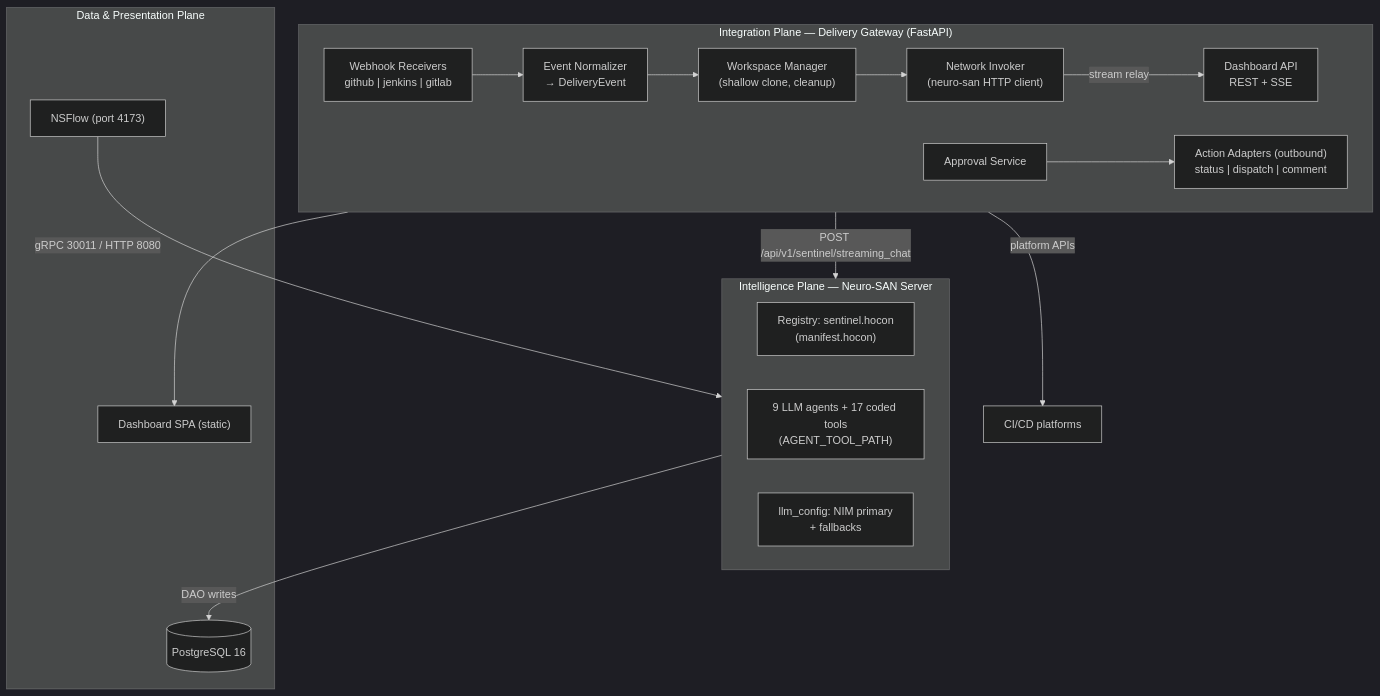
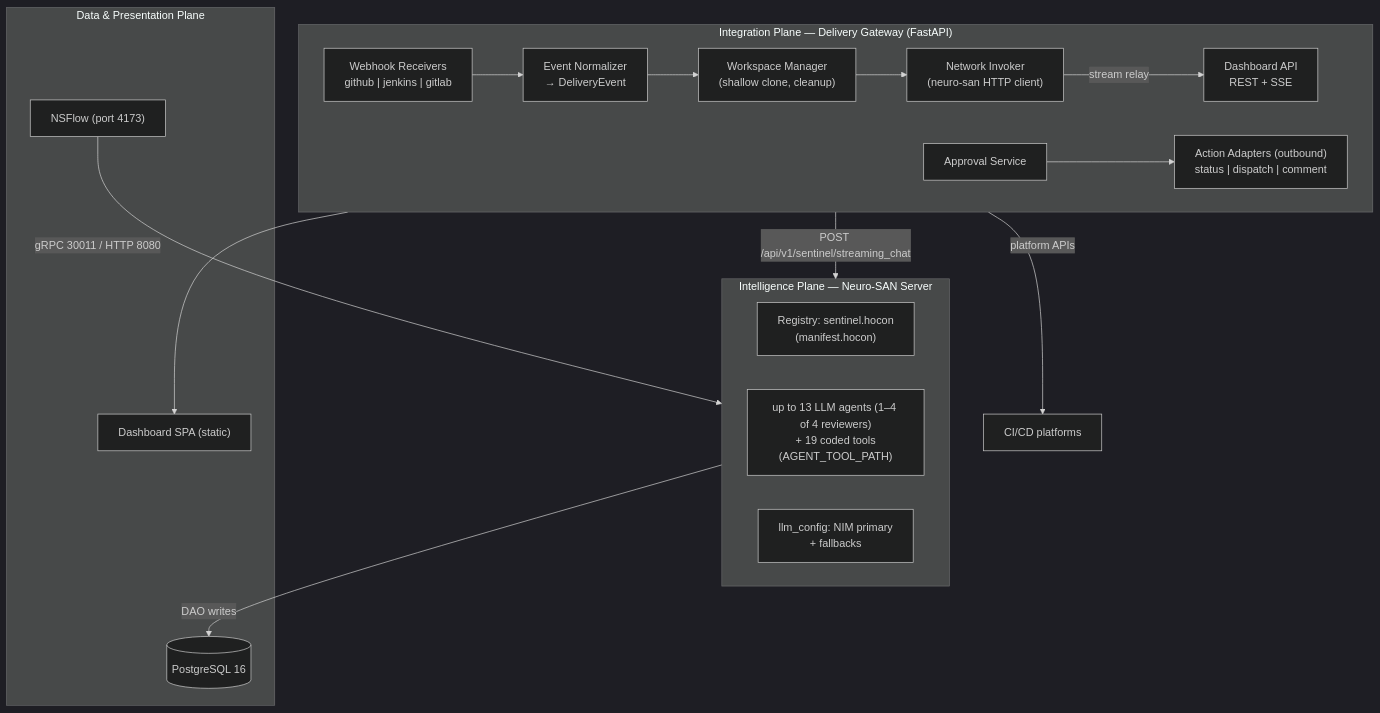
One commit to anandharshit712/Sentinel changed the first of 3 diagrams in docs/solution/03-hld.md. Above: the diagram before and after it, drawn with Mermaid (dark theme). The commit also changed other lines of this file and 27 other files, not shown here.

````diff
--- a/docs/solution/03-hld.md
+++ b/docs/solution/03-hld.md
@@ -29,35 +29,35 @@
 ```mermaid
 flowchart TB
     subgraph P1["Integration Plane — Delivery Gateway (FastAPI)"]
         direction LR
         WH["Webhook Receivers<br/>github | jenkins | gitlab"]
         NORM["Event Normalizer<br/>→ DeliveryEvent"]
         WS["Workspace Manager<br/>(shallow clone, cleanup)"]
         INV["Network Invoker<br/>(neuro-san HTTP client)"]
         ACT["Action Adapters (outbound)<br/>status | dispatch | comment"]
         API["Dashboard API<br/>REST + SSE"]
         APPR["Approval Service"]
     end
 
     subgraph P2["Intelligence Plane — Neuro-SAN Server"]
         direction LR
         REG["Registry: sentinel.hocon<br/>(manifest.hocon)"]
-        AG["9 LLM agents + 17 coded tools<br/>(AGENT_TOOL_PATH)"]
+        AG["up to 13 LLM agents (1–4 of 4 reviewers)<br/>+ 19 coded tools<br/>(AGENT_TOOL_PATH)"]
         LLM["llm_config: NIM primary<br/>+ fallbacks"]
     end
 
     subgraph P3["Data & Presentation Plane"]
         PG[("PostgreSQL 16")]
         UI["Dashboard SPA (static)"]
         NF["NSFlow (port 4173)"]
     end
 
     WH --> NORM --> WS --> INV
     INV -->|"POST /api/v1/sentinel/streaming_chat"| REG
     AG -->|"DAO writes"| PG
     INV -->|"stream relay"| API
     API --> UI
     APPR --> ACT
     ACT -->|"platform APIs"| EXT["CI/CD platforms"]
     NF -->|"gRPC 30011 / HTTP 8080"| REG
 ```
````
